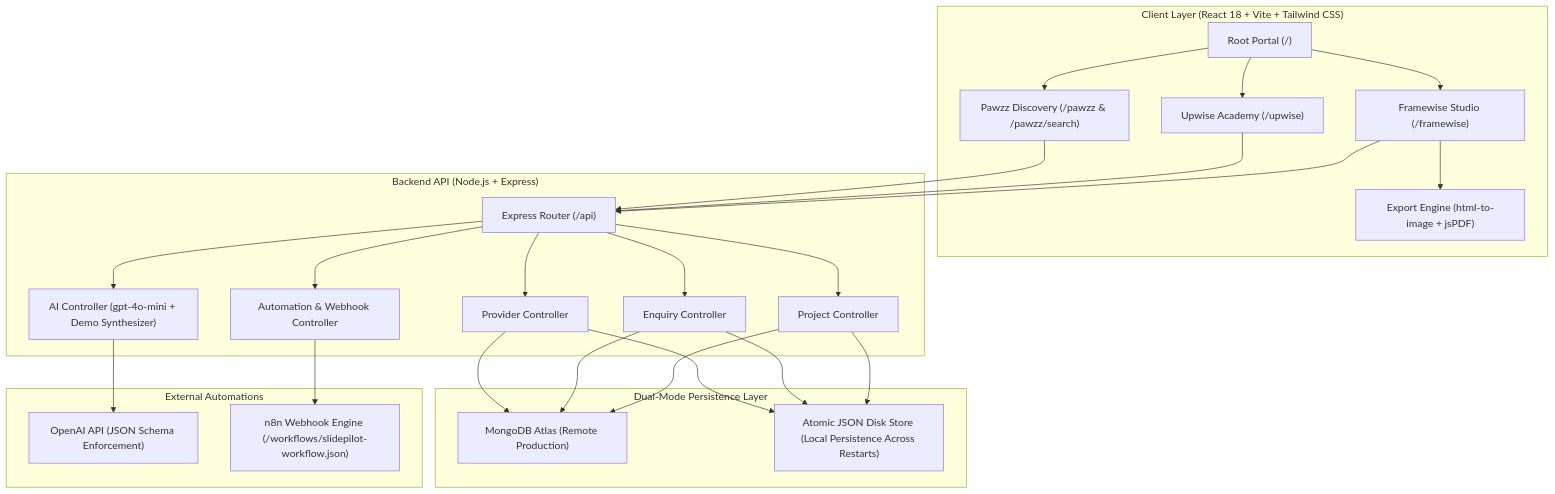
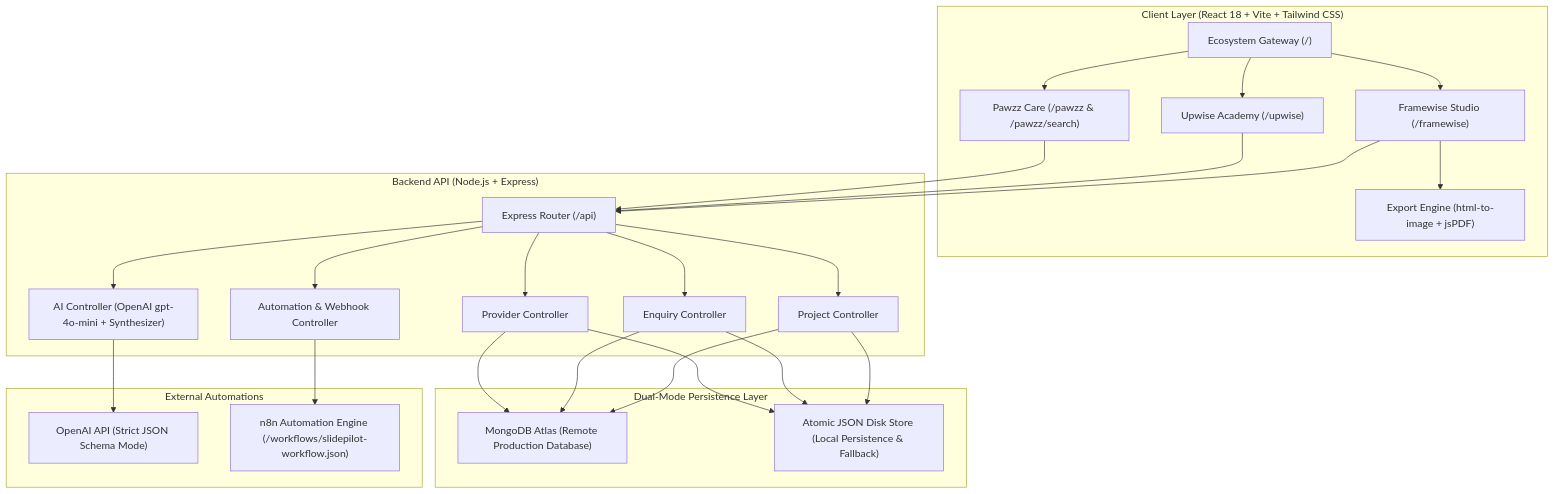
One commit to PriyanshuSingh10114/Pawzz changed the diagram in README.md. Above: the diagram before and after it, drawn with Mermaid. The commit also changed other lines of this file and 18 other files, not shown here.

````diff
--- a/README.md
+++ b/README.md
@@ -94,54 +92,54 @@
 ```mermaid
 flowchart TD
     subgraph Client ["Client Layer (React 18 + Vite + Tailwind CSS)"]
-        Root["Root Portal (/)"]
-        Pawzz["Pawzz Discovery (/pawzz & /pawzz/search)"]
+        Gateway["Ecosystem Gateway (/)"]
+        Pawzz["Pawzz Care (/pawzz & /pawzz/search)"]
         Upwise["Upwise Academy (/upwise)"]
         Framewise["Framewise Studio (/framewise)"]
         ExportEngine["Export Engine (html-to-image + jsPDF)"]
     end
 
     subgraph Server ["Backend API (Node.js + Express)"]
         Router["Express Router (/api)"]
         PC["Provider Controller"]
         EC["Enquiry Controller"]
         PrjC["Project Controller"]
-        AIC["AI Controller (gpt-4o-mini + Demo Synthesizer)"]
+        AIC["AI Controller (OpenAI gpt-4o-mini + Synthesizer)"]
         AutoC["Automation & Webhook Controller"]
     end
 
     subgraph DataPersistence ["Dual-Mode Persistence Layer"]
-        Atlas["MongoDB Atlas (Remote Production)"]
-        LocalFile["Atomic JSON Disk Store (Local Persistence Across Restarts)"]
+        Atlas["MongoDB Atlas (Remote Production Database)"]
+        LocalFile["Atomic JSON Disk Store (Local Persistence & Fallback)"]
     end
 
     subgraph ExternalServices ["External Automations"]
-        OpenAI["OpenAI API (JSON Schema Enforcement)"]
-        N8N["n8n Webhook Engine (/workflows/slidepilot-workflow.json)"]
+        OpenAI["OpenAI API (Strict JSON Schema Mode)"]
+        N8N["n8n Automation Engine (/workflows/slidepilot-workflow.json)"]
     end
 
-    Root --> Pawzz
-    Root --> Upwise
-    Root --> Framewise
+    Gateway --> Pawzz
+    Gateway --> Upwise
+    Gateway --> Framewise
 
     Pawzz --> Router
     Upwise --> Router
     Framewise --> Router
     Framewise --> ExportEngine
 
     Router --> PC
     Router --> EC
     Router --> PrjC
     Router --> AIC
     Router --> AutoC
 
     PC --> Atlas
     PC --> LocalFile
     EC --> Atlas
     EC --> LocalFile
     PrjC --> Atlas
     PrjC --> LocalFile
 
     AIC --> OpenAI
     AutoC --> N8N
 ```
````
